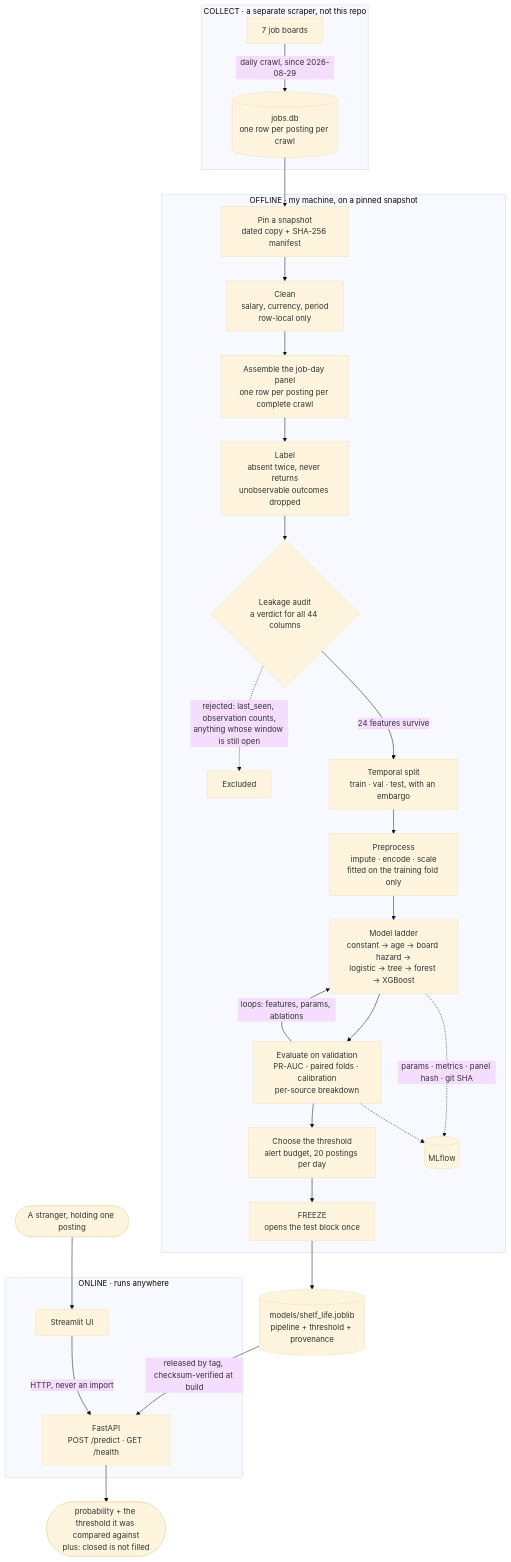
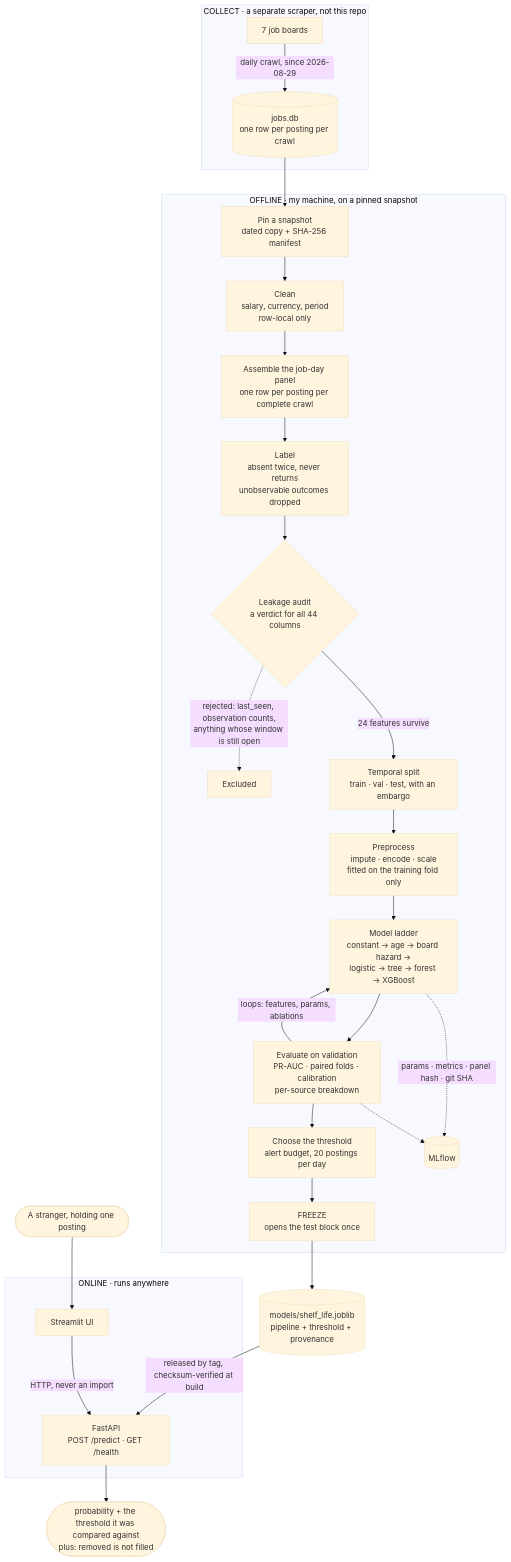
Before and after one commit to professor3333/shelf-life: the diagram in README.md, drawn with Mermaid (base theme). The commit also changed other lines of this file and 24 other files, not shown here.

````diff
--- a/README.md
+++ b/README.md
@@ -56,55 +64,55 @@
 ```mermaid
 flowchart TD
     subgraph COLLECT["COLLECT · a separate scraper, not this repo"]
         A["7 job boards"]
         B[("jobs.db<br/>one row per posting per crawl")]
     end
 
     subgraph OFFLINE["OFFLINE · my machine, on a pinned snapshot"]
         C["Pin a snapshot<br/>dated copy + SHA-256 manifest"]
         D["Clean<br/>salary, currency, period<br/>row-local only"]
         E["Assemble the job-day panel<br/>one row per posting per complete crawl"]
         F["Label<br/>absent twice, never returns<br/>unobservable outcomes dropped"]
         G{"Leakage audit<br/>a verdict for all 44 columns"}
         X["Excluded"]
         H["Temporal split<br/>train · val · test, with an embargo"]
         I["Preprocess<br/>impute · encode · scale<br/>fitted on the training fold only"]
         J["Model ladder<br/>constant → age → board hazard →<br/>logistic → tree → forest → XGBoost"]
         K["Evaluate on validation<br/>PR-AUC · paired folds · calibration<br/>per-source breakdown"]
         L["Choose the threshold<br/>alert budget, 20 postings per day"]
         M["FREEZE<br/>opens the test block once"]
         T[("MLflow")]
     end
 
     N[("models/shelf_life.joblib<br/>pipeline + threshold + provenance")]
 
     subgraph ONLINE["ONLINE · runs anywhere"]
         P["FastAPI<br/>POST /predict · GET /health"]
         Q["Streamlit UI"]
     end
 
     U(["A stranger, holding one posting"])
-    R(["probability + the threshold it was compared against<br/>plus: closed is not filled"])
+    R(["probability + the threshold it was compared against<br/>plus: removed is not filled"])
 
     A -->|"daily crawl, since 2026-08-29"| B
     B --> C
     C --> D
     D --> E
     E --> F
     F --> G
     G -->|"24 features survive"| H
     G -.->|"rejected: last_seen, observation counts,<br/>anything whose window is still open"| X
     H --> I
     I --> J
     J --> K
     K -->|"loops: features, params, ablations"| J
     K --> L
     L --> M
     J -.->|"params · metrics · panel hash · git SHA"| T
     K -.-> T
     M --> N
     N -->|"released by tag, checksum-verified at build"| P
     U --> Q
     Q -->|"HTTP, never an import"| P
     P --> R
 ```
````
